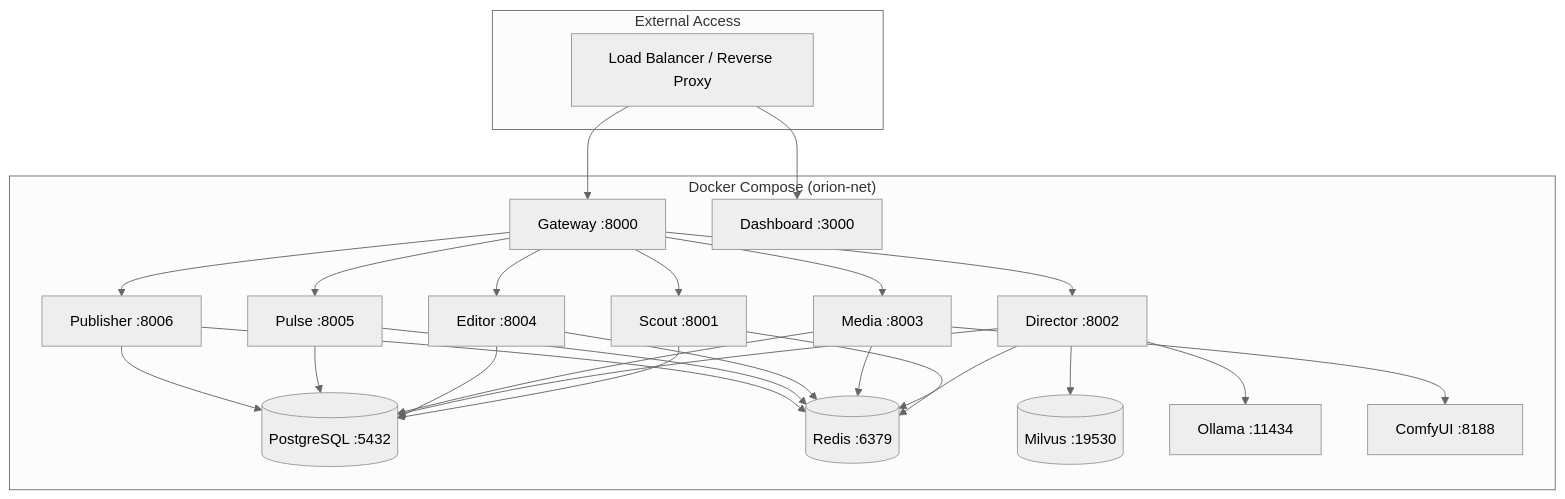
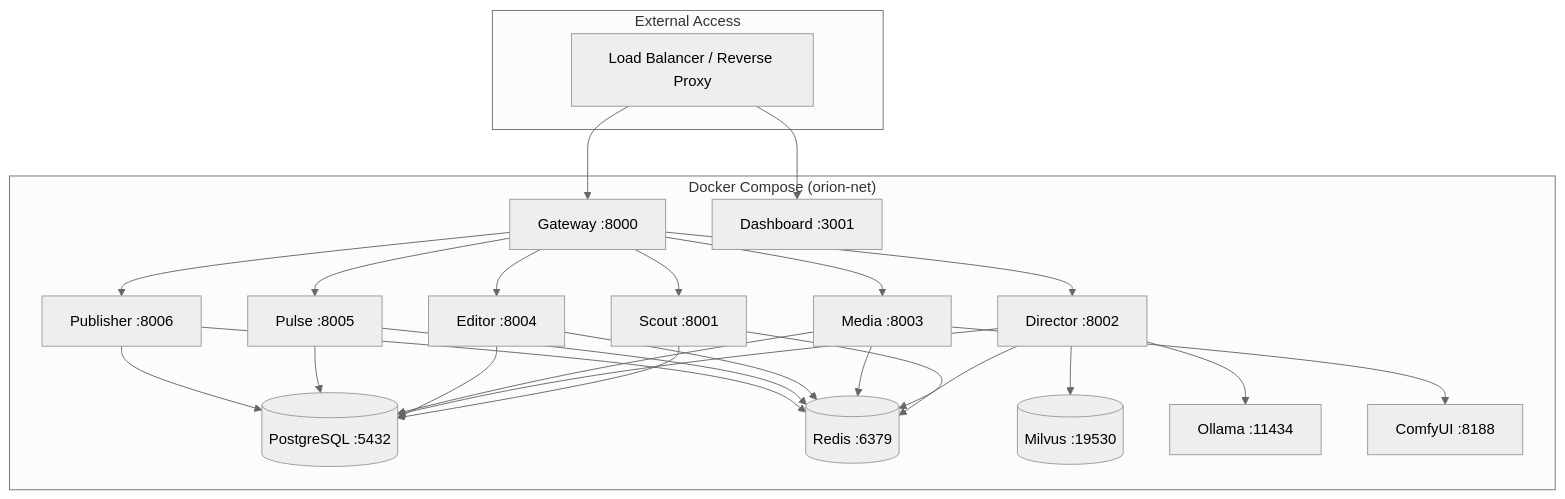
One commit to nebulae-official/orion changed the diagram in docs/deployment/index.md. Above: the diagram before and after it, drawn with Mermaid (neutral theme). The commit also changed 110 other files, not shown here.

````diff
--- a/docs/deployment/index.md
+++ b/docs/deployment/index.md
@@ -16,29 +16,29 @@
 ```mermaid
 graph TB
     subgraph External["External Access"]
         LB["Load Balancer / Reverse Proxy"]
     end
 
     subgraph Docker["Docker Compose (orion-net)"]
         GW["Gateway :8000"]
         SC["Scout :8001"]
         DR["Director :8002"]
         MD["Media :8003"]
         ED["Editor :8004"]
         PL["Pulse :8005"]
         PB["Publisher :8006"]
-        DB["Dashboard :3000"]
+        DB["Dashboard :3001"]
 
         PG[("PostgreSQL :5432")]
         RD[("Redis :6379")]
         MV[("Milvus :19530")]
         OL["Ollama :11434"]
         CU["ComfyUI :8188"]
     end
 
     LB --> GW & DB
     GW --> SC & DR & MD & ED & PL & PB
     SC & DR & MD & ED & PL & PB --> PG & RD
     DR --> MV & OL
     MD --> CU
 ```
````
